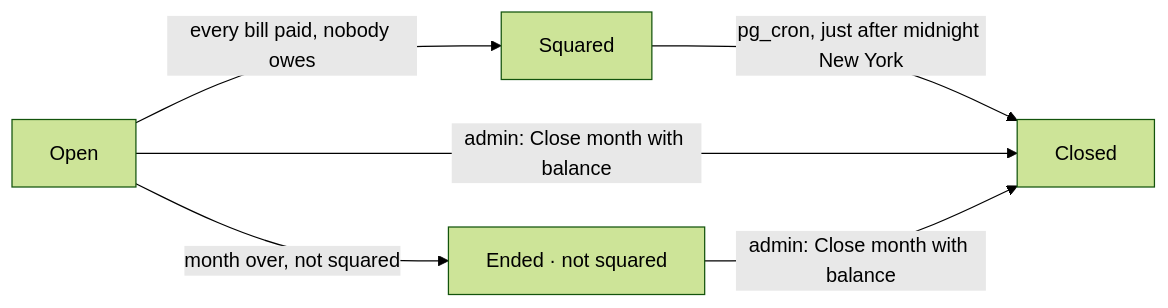
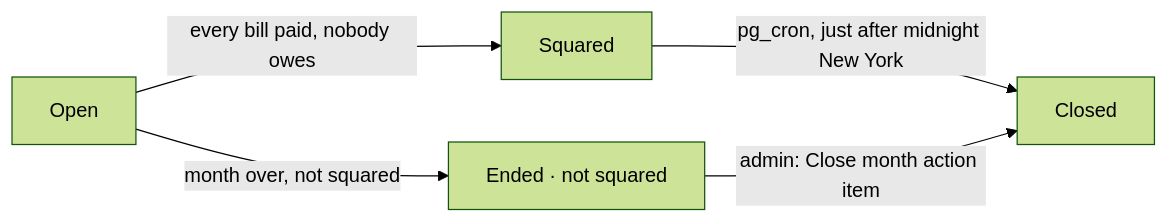
One commit to vplakkot/HomeBase changed the ninth of 10 diagrams in docs/architecture.md. Above: the diagram before and after it, drawn with Mermaid (forest theme). The commit also changed other lines of this file and 62 other files, not shown here.

First line of the commit message:
Finances home on the module home rules: month in the title, Payments, History, months open themselves (#182)

````diff
--- a/docs/architecture.md
+++ b/docs/architecture.md
@@ -743,8 +750,7 @@
 ```mermaid
 flowchart LR
   Open -->|every bill paid, nobody owes| Squared
   Squared -->|pg_cron, just after midnight New York| Closed
-  Open -->|admin: Close month with balance| Closed
   Open -->|month over, not squared| Ended["Ended · not squared"]
-  Ended -->|admin: Close month with balance| Closed
+  Ended -->|admin: Close month action item| Closed
 ```
````
